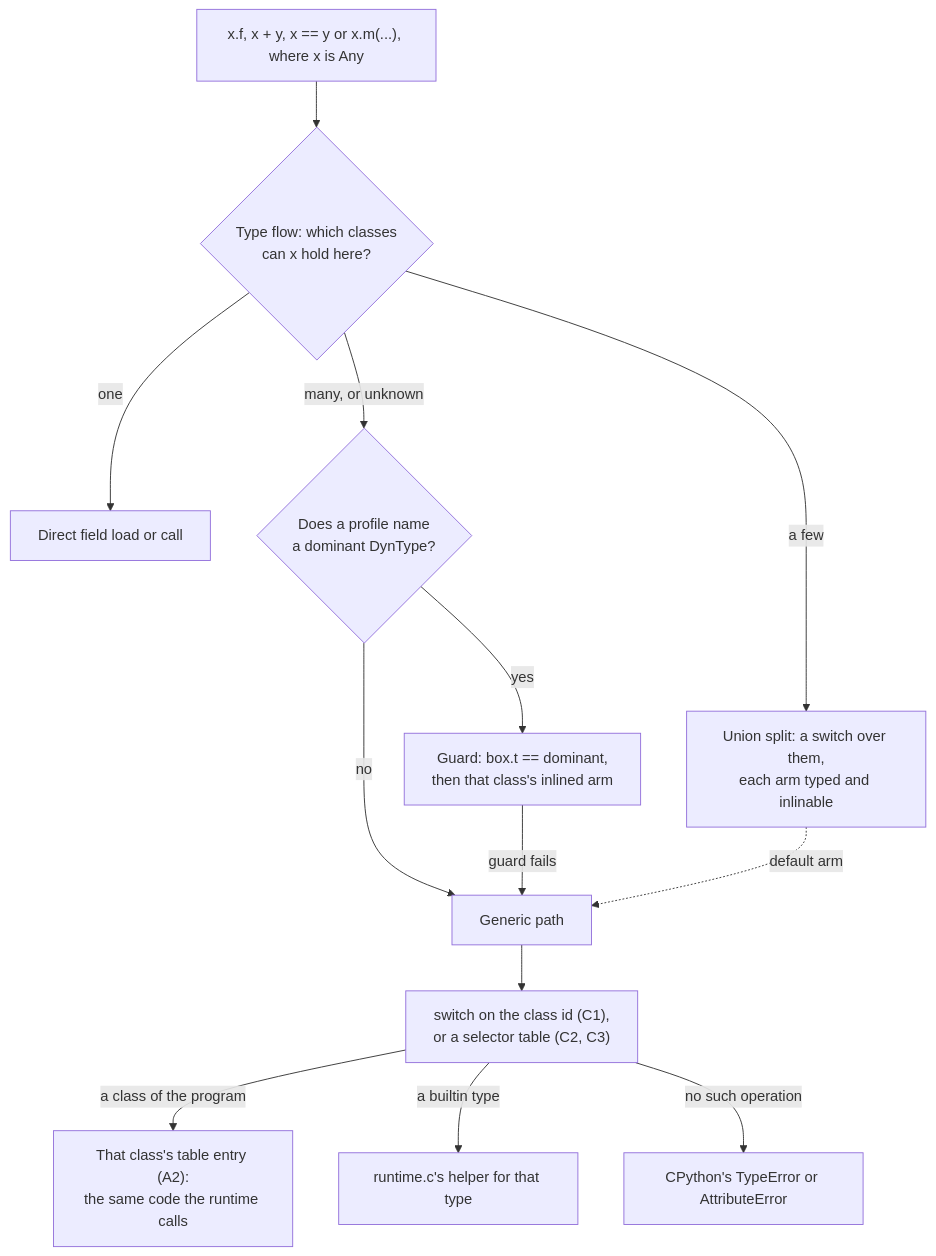
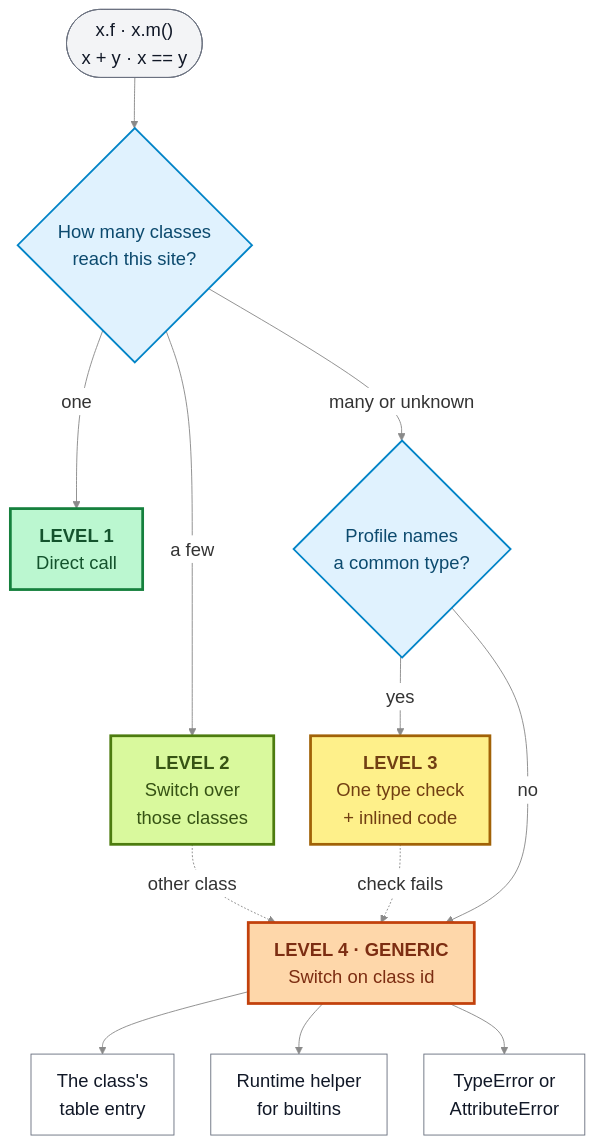
The third of 4 diagrams in research/dynamic-any-roadmap/README.md (den-run-ai/pystachy), drawn with Mermaid before and after one commit. The commit also changed other lines of this file, not shown here.

First line of the commit message:
Dynamic Any roadmap: redraw the diagrams with short labels, colored regions and dispatch levels

````diff
--- a/research/dynamic-any-roadmap/README.md
+++ b/research/dynamic-any-roadmap/README.md
@@ -235,15 +302,41 @@
 ```mermaid
-flowchart TD
-    op["x.f, x + y, x == y or x.m(...), where x is Any"] --> q1{"Type flow: which classes<br/>can x hold here?"}
-    q1 -->|"one"| d1["Direct field load or call"]
-    q1 -->|"a few"| d2["Union split: a switch over them,<br/>each arm typed and inlinable"]
-    q1 -->|"many, or unknown"| q2{"Does a profile name<br/>a dominant DynType?"}
-    q2 -->|"yes"| d3["Guard: box.t == dominant,<br/>then that class's inlined arm"]
-    q2 -->|"no"| g["Generic path"]
-    d3 -->|"guard fails"| g
-    d2 -.->|"default arm"| g
-    g --> sw["switch on the class id (C1),<br/>or a selector table (C2, C3)"]
-    sw -->|"a class of the program"| e["That class's table entry (A2):<br/>the same code the runtime calls"]
-    sw -->|"a builtin type"| h["runtime.c's helper for that type"]
-    sw -->|"no such operation"| err["CPython's TypeError or AttributeError"]
+%%{init: {"theme": "base", "themeVariables": {"fontSize": "20px", "lineColor": "#8a8a8a", "edgeLabelBackground": "#ffffff", "textColor": "#1f2937"}, "flowchart": {"nodeSpacing": 40, "rankSpacing": 55, "padding": 14}}}%%
+flowchart TB
+    op(["x.f · x.m()<br/>x + y · x == y"])
+    q1{"How many classes<br/>reach this site?"}
+    a1["<b>LEVEL 1</b><br/>Direct call"]
+    a2["<b>LEVEL 2</b><br/>Switch over<br/>those classes"]
+    q2{"Profile names<br/>a common type?"}
+    a3["<b>LEVEL 3</b><br/>One type check<br/>+ inlined code"]
+    a4["<b>LEVEL 4 · GENERIC</b><br/>Switch on class id"]
+    e1["The class's<br/>table entry"]
+    e2["Runtime helper<br/>for builtins"]
+    e3["TypeError or<br/>AttributeError"]
+
+    op --> q1
+    q1 -->|"one"| a1
+    q1 -->|"a few"| a2
+    q1 -->|"many or unknown"| q2
+    q2 -->|"yes"| a3
+    q2 -->|"no"| a4
+    a2 -.->|"other class"| a4
+    a3 -.->|"check fails"| a4
+    a4 --> e1
+    a4 --> e2
+    a4 --> e3
+
+    classDef q fill:#e0f2fe,stroke:#0284c7,stroke-width:2px,color:#0c4a6e
+    classDef l1 fill:#bbf7d0,stroke:#15803d,stroke-width:3px,color:#14532d
+    classDef l2 fill:#d9f99d,stroke:#4d7c0f,stroke-width:3px,color:#365314
+    classDef l3 fill:#fef08a,stroke:#a16207,stroke-width:3px,color:#713f12
+    classDef l4 fill:#fed7aa,stroke:#c2410c,stroke-width:3px,color:#7c2d12
+    classDef out fill:#ffffff,stroke:#6b7280,stroke-width:1px,color:#111827
+    classDef input fill:#f3f4f6,stroke:#6b7280,stroke-width:1px,color:#111827
+    class q1,q2 q
+    class a1 l1
+    class a2 l2
+    class a3 l3
+    class a4 l4
+    class e1,e2,e3 out
+    class op input
 ```
````
